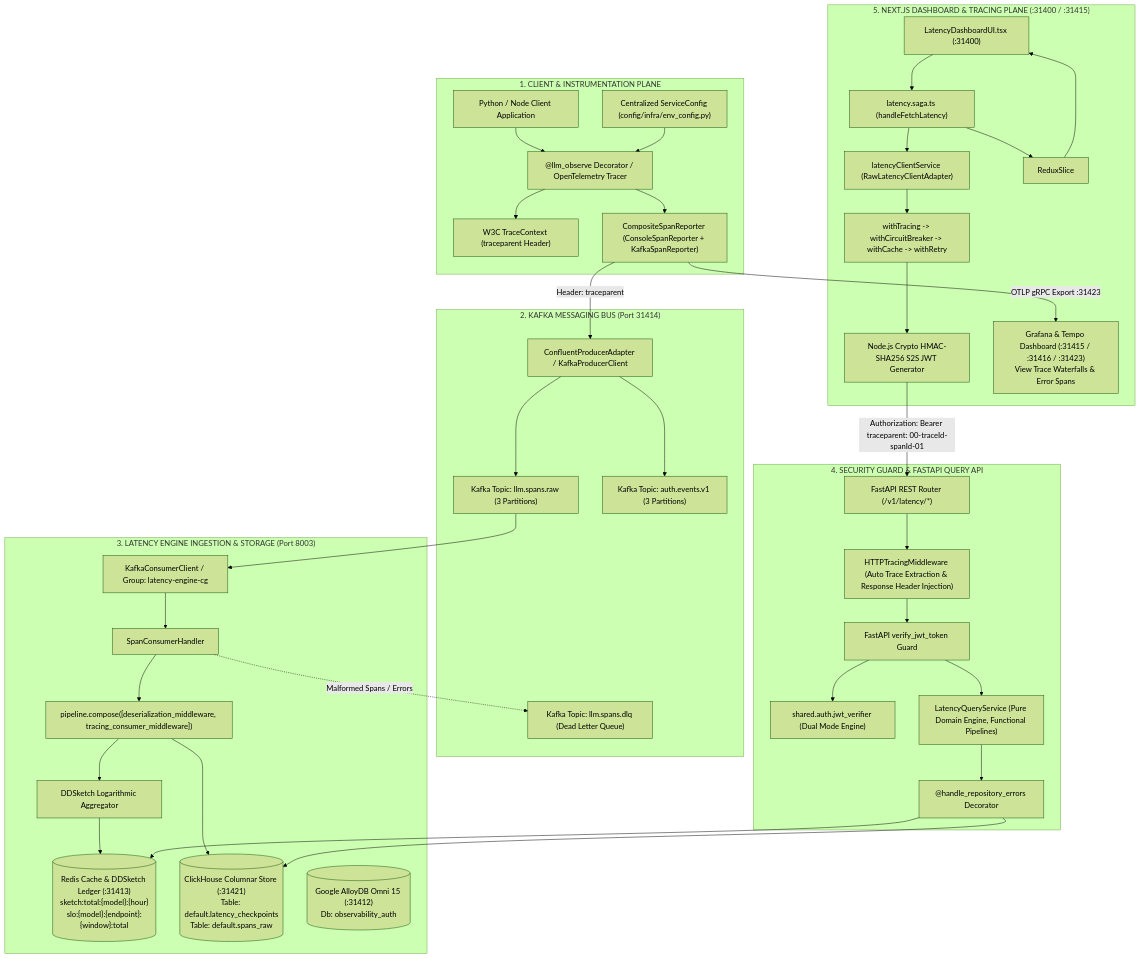
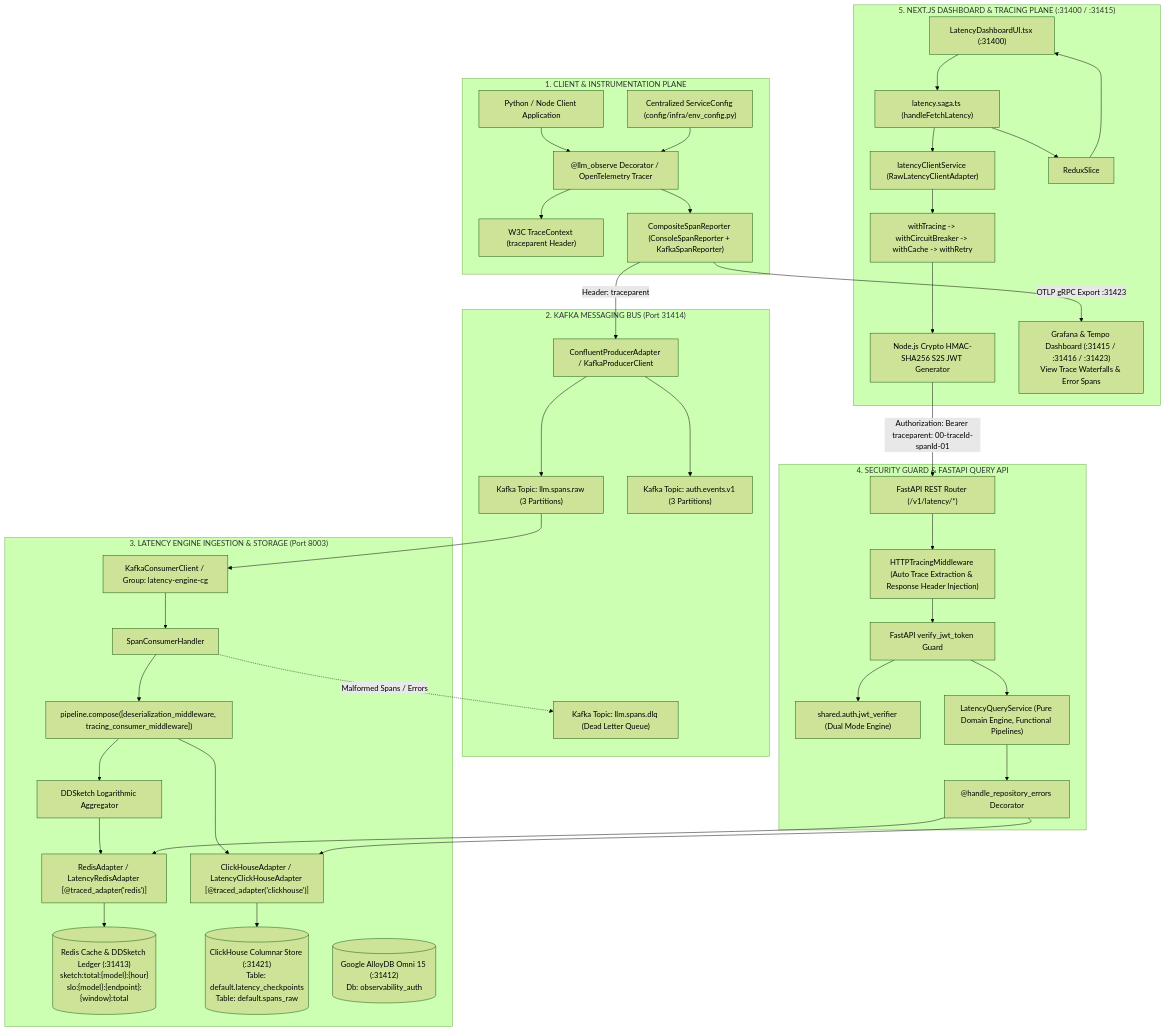
The first of 4 diagrams in packages/node/web-app/adr/0007-latency-engine-end-to-end-integration-and-security.md (Chief-Strategist-J/llm-observability-platform), drawn with Mermaid (forest theme) before and after one commit. The commit also changed other lines of this file and 5 other files, not shown here.

Commit message:
refactor(adapters): replace repetitive trace_span blocks with @traced_adapter decorator, preserve trace_id and span_id across all adapter spans, and update ADR-0007

```diff
--- a/packages/node/web-app/adr/0007-latency-engine-end-to-end-integration-and-security.md
+++ b/packages/node/web-app/adr/0007-latency-engine-end-to-end-integration-and-security.md
@@ -57,6 +57,8 @@
         ConsumerPipeline["pipeline.compose([deserialization_middleware, tracing_consumer_middleware])"]
         SpanHandler["SpanConsumerHandler"]
         DDSketchEngine["DDSketch Logarithmic Aggregator"]
+        RedisAdapter["RedisAdapter / LatencyRedisAdapter [@traced_adapter('redis')]"]
+        ClickHouseAdapter["ClickHouseAdapter / LatencyClickHouseAdapter [@traced_adapter('clickhouse')]"]
         RedisStore[("Redis Cache & DDSketch Ledger (:31413)\nsketch:total:{model}:{hour}\nslo:{model}:{endpoint}:{window}:total")]
         ClickHouseDB[("ClickHouse Columnar Store (:31421)\nTable: default.latency_checkpoints\nTable: default.spans_raw")]
         AlloyDB[("Google AlloyDB Omni 15 (:31412)\nDb: observability_auth")]
@@ -65,8 +67,10 @@
         KafkaConsumer --> SpanHandler
         SpanHandler --> ConsumerPipeline
         ConsumerPipeline --> DDSketchEngine
-        DDSketchEngine --> RedisStore
-        ConsumerPipeline --> ClickHouseDB
+        DDSketchEngine --> RedisAdapter
+        ConsumerPipeline --> ClickHouseAdapter
+        RedisAdapter --> RedisStore
+        ClickHouseAdapter --> ClickHouseDB
         SpanHandler -.->|Malformed Spans / Errors| TopicDLQ
     end
 
@@ -83,8 +87,8 @@
         JWTGuard --> JWTVerifier
         JWTGuard --> QueryService
         QueryService --> RepoErrorHandler
-        RepoErrorHandler --> RedisStore
-        RepoErrorHandler --> ClickHouseDB
+        RepoErrorHandler --> RedisAdapter
+        RepoErrorHandler --> ClickHouseAdapter
     end
 
     subgraph WebAppPlane["5. NEXT.JS DASHBOARD & TRACING PLANE (:31400 / :31415)"]
```
